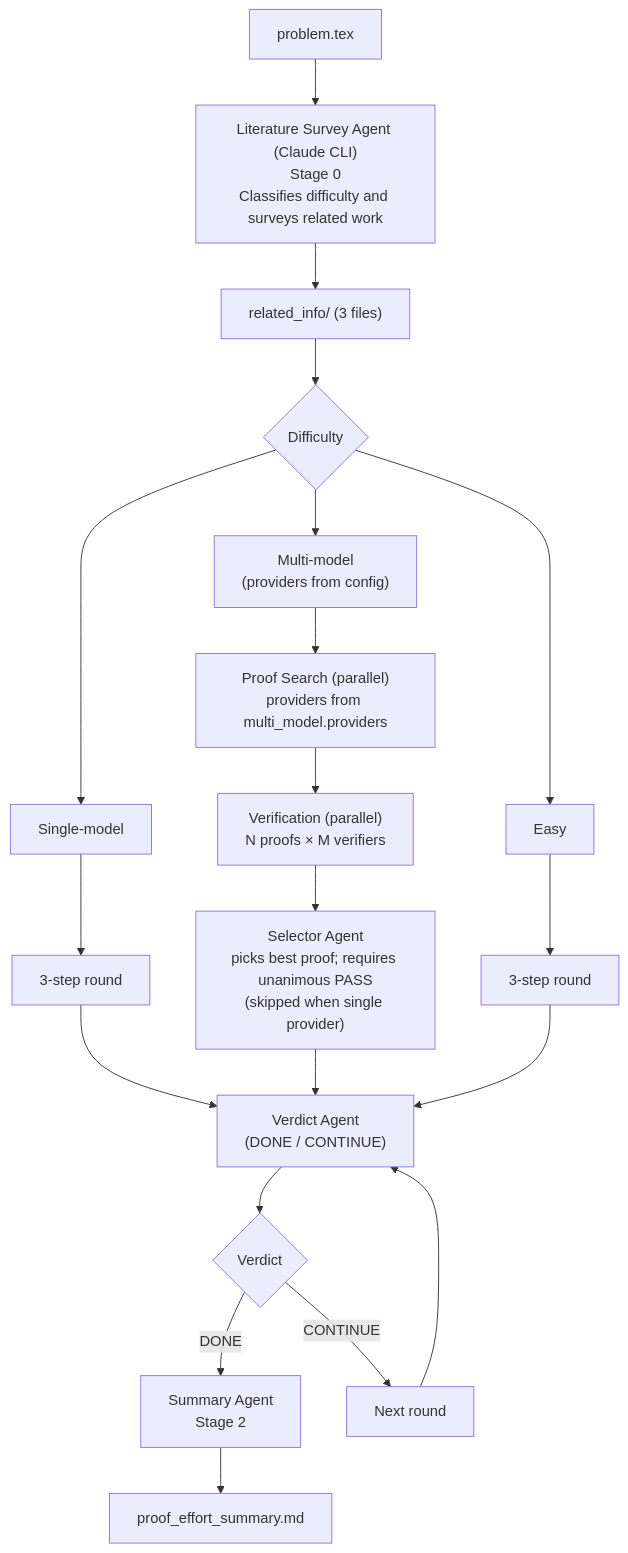
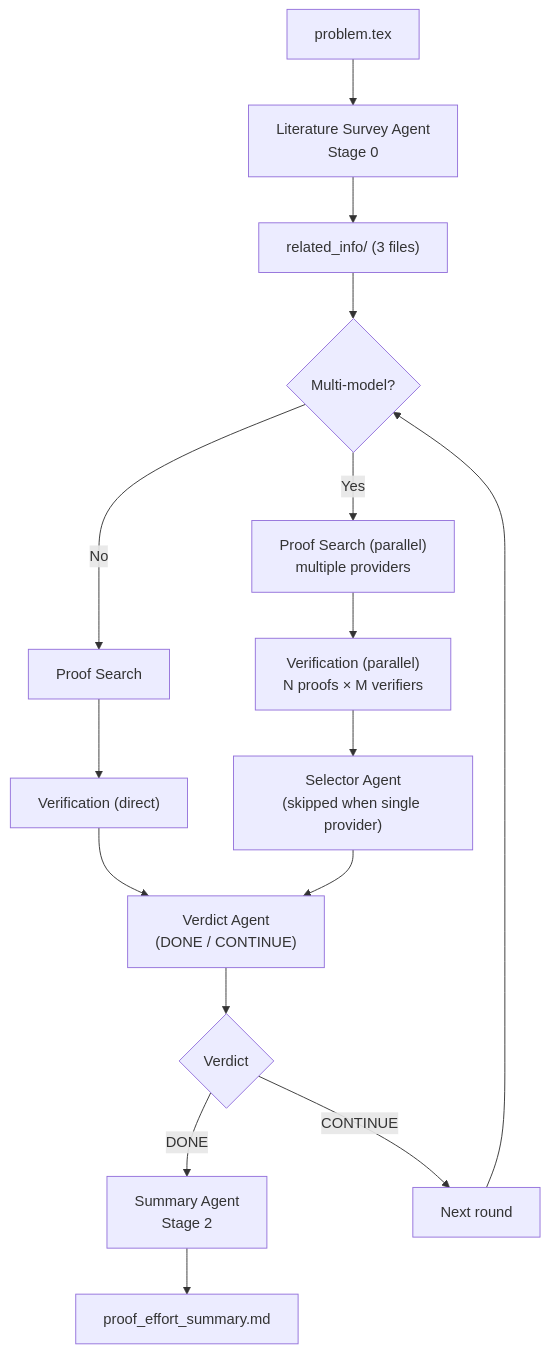
The diagram in README.md (chenyang-an/QED), drawn with Mermaid before and after one commit. The commit also changed other lines of this file and 4 other files, not shown here.

````diff
--- a/README.md
+++ b/README.md
@@ -606,28 +595,21 @@
 ```mermaid
 flowchart TD
-    A["problem.tex"] --> B["Literature Survey Agent (Claude CLI)<br/>Stage 0<br/>Classifies difficulty and surveys related work"]
+    A["problem.tex"] --> B["Literature Survey Agent<br/>Stage 0"]
     B --> C["related_info/ (3 files)"]
-    C --> D{"Difficulty"}
+    C --> D{"Multi-model?"}
 
-    D --> E["Easy"]
-    D --> F["Single-model"]
-    D --> G["Multi-model<br/>(providers from config)"]
+    D -->|No| I["Proof Search"]
+    I --> IV["Verification (direct)"]
+    IV --> J["Verdict Agent<br/>(DONE / CONTINUE)"]
 
-    E --> H["3-step round"]
-
-    F --> I["3-step round"]
-    I --> J["Verdict Agent<br/>(DONE / CONTINUE)"]
-
-    G --> K["Proof Search (parallel)<br/>providers from multi_model.providers"]
+    D -->|Yes| K["Proof Search (parallel)<br/>multiple providers"]
     K --> O["Verification (parallel)<br/>N proofs × M verifiers"]
-    O --> P["Selector Agent<br/>picks best proof; requires unanimous PASS<br/>(skipped when single provider)"]
+    O --> P["Selector Agent<br/>(skipped when single provider)"]
     P --> J
-
-    H --> J
 
     J --> Q{"Verdict"}
     Q -->|DONE| R["Summary Agent<br/>Stage 2"]
     Q -->|CONTINUE| S["Next round"]
-    S --> J
+    S --> D
     R --> T["proof_effort_summary.md"]
 ```
````
